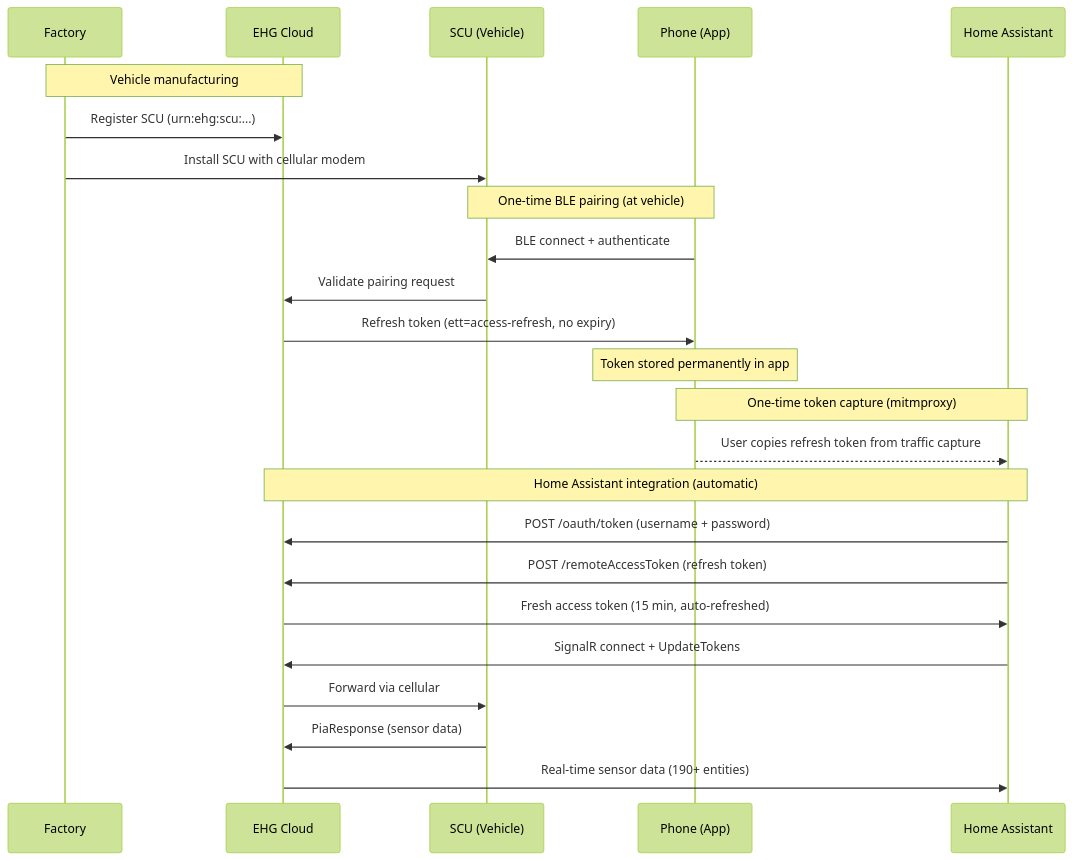
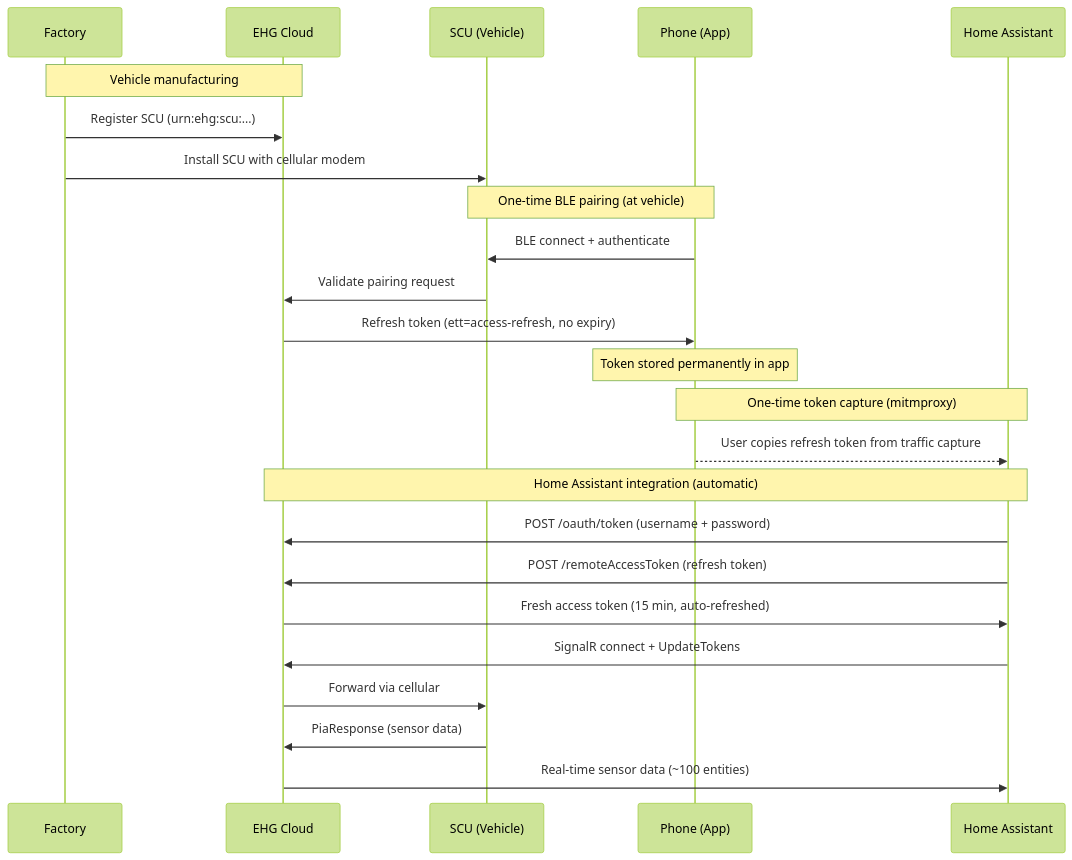
The first of 2 diagrams in README.md (BetaHydri/hymer-connect-ha), drawn with Mermaid (forest theme) before and after one commit. The commit also changed other lines of this file and 1 other file, not shown here.

````diff
--- a/README.md
+++ b/README.md
@@ -316,30 +316,30 @@
 ```mermaid
 sequenceDiagram
     participant Factory as Factory
     participant Cloud as EHG Cloud
     participant SCU as SCU (Vehicle)
     participant Phone as Phone (App)
     participant HA as Home Assistant
 
     Note over Factory,Cloud: Vehicle manufacturing
     Factory->>Cloud: Register SCU (urn:ehg:scu:...)
     Factory->>SCU: Install SCU with cellular modem
 
     Note over SCU,Phone: One-time BLE pairing (at vehicle)
     Phone->>SCU: BLE connect + authenticate
     SCU->>Cloud: Validate pairing request
     Cloud->>Phone: Refresh token (ett=access-refresh, no expiry)
     Note over Phone: Token stored permanently in app
 
     Note over Phone,HA: One-time token capture (mitmproxy)
     Phone-->>HA: User copies refresh token from traffic capture
 
     Note over HA,Cloud: Home Assistant integration (automatic)
     HA->>Cloud: POST /oauth/token (username + password)
     HA->>Cloud: POST /remoteAccessToken (refresh token)
     Cloud->>HA: Fresh access token (15 min, auto-refreshed)
     HA->>Cloud: SignalR connect + UpdateTokens
     Cloud->>SCU: Forward via cellular
     SCU->>Cloud: PiaResponse (sensor data)
-    Cloud->>HA: Real-time sensor data (190+ entities)
+    Cloud->>HA: Real-time sensor data (~100 entities)
 ```
````
